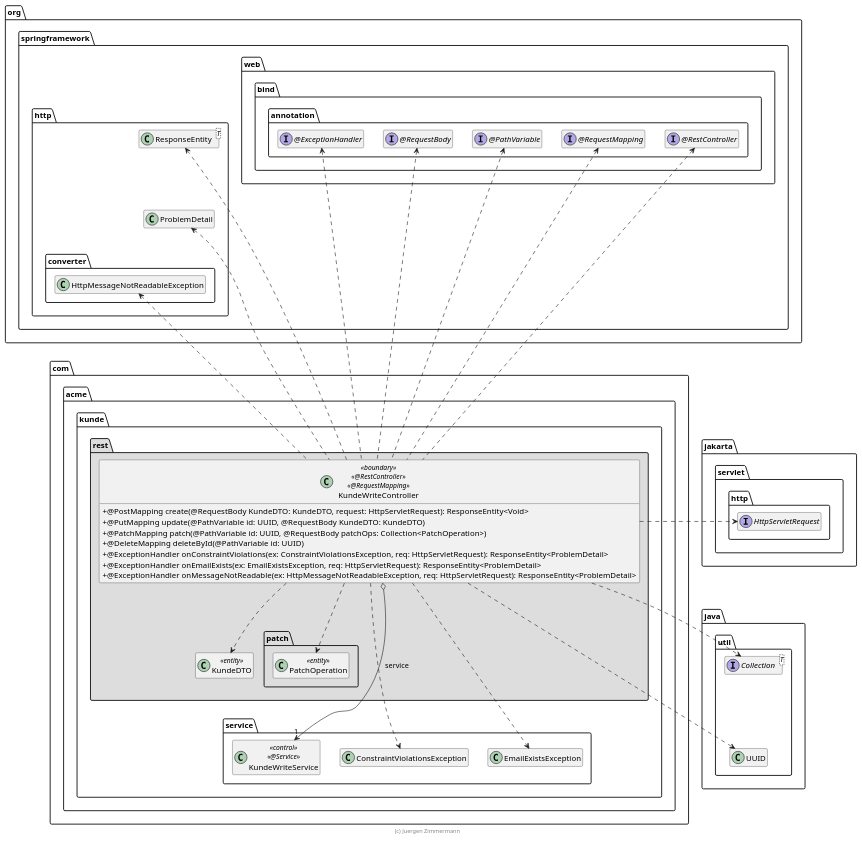
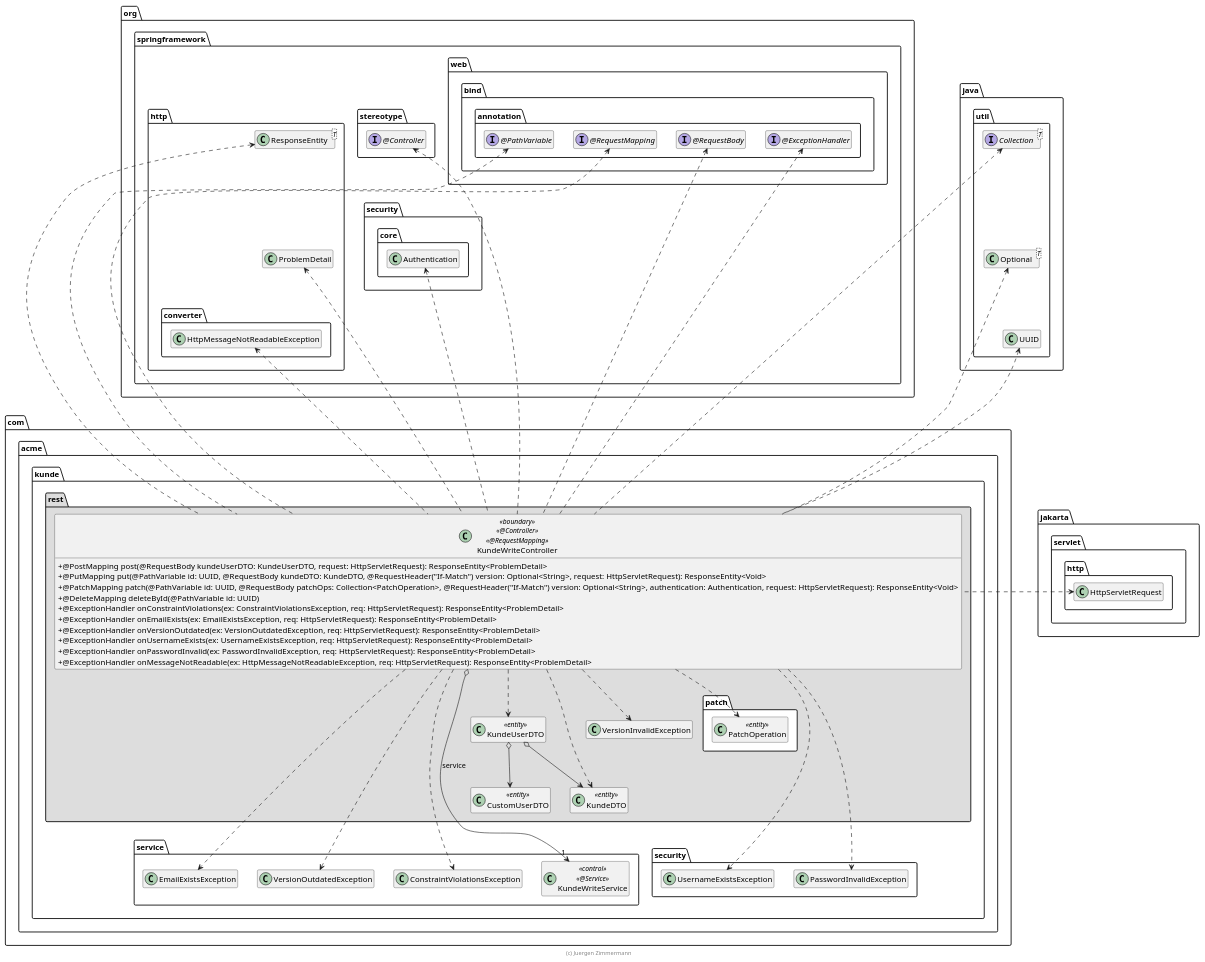
Before and after one commit to AntoninFa/Practise: the diagram in SWA/kunde-v1/kunde/extras/doc/KundeWriteController.plantuml, drawn with PlantUML. The commit also changed 83 other files, not shown here.

```diff
--- a/SWA/kunde-v1/kunde/extras/doc/KundeWriteController.plantuml
+++ b/SWA/kunde-v1/kunde/extras/doc/KundeWriteController.plantuml
@@ -15,92 +15,130 @@
-@startuml KundeWriteController
+@startuml KundeHandler
 
 skinparam classAttributeIconSize 0
 
+package jakarta.servlet.http {
+    class HttpServletRequest
+}
+
 package org.springframework {
+    package stereotype {
+        interface "@Controller" as Controller
+    }
+
     package web.bind.annotation {
-        interface "@RestController" as RestController
         interface "@RequestMapping" as RequestMapping
         interface "@PathVariable" as PathVariable
         interface "@RequestBody" as RequestBody
         interface "@ExceptionHandler" as ExceptionHandler
+
+        RequestBody .left[hidden].> Controller
+        ExceptionHandler .left[hidden].> Controller
     }
 
     package http {
         class ResponseEntity<T>
         class ProblemDetail
 
         package converter {
             class HttpMessageNotReadableException
         }
 
         ResponseEntity .[hidden].> ProblemDetail
+        ResponseEntity .left[hidden].> Controller
         ProblemDetail .[hidden].> HttpMessageNotReadableException
     }
-}
 
-package jakarta.servlet.http {
-    interface HttpServletRequest
+    package security.core {
+        class Authentication
+
+        ProblemDetail .right[hidden].> Authentication
+    }
 }
 
 package java.util {
     interface Collection<T>
     class UUID
+    class Optional<T>
 
-    UUID .up[hidden].> Collection
-    Collection .up[hidden].> HttpServletRequest
+    Collection .[hidden].> Optional
+    Optional .[hidden].> UUID
+    HttpServletRequest .up[hidden].> UUID
 }
 
 package com.acme.kunde {
     package service {
         class KundeWriteService << control >> << @Service >>
 
         class ConstraintViolationsException
         class EmailExistsException
+        class VersionOutdatedException
+    }
+
+    package security {
+        class UsernameExistsException
+        class PasswordInvalidException
     }
 
     package rest #DDDDDD {
-        package patch {
+        package patch #FFFFFF {
             class PatchOperation <<entity>>
         }
 
         class KundeDTO <<entity>>
+        class CustomUserDTO <<entity>>
+        class KundeUserDTO <<entity>>
+        KundeUserDTO o--> KundeDTO
+        KundeUserDTO o--> CustomUserDTO
+        KundeDTO .[hidden].> UUID
+        KundeDTO .[hidden].> KundeWriteService
 
-        class KundeWriteController << boundary >> << @RestController >> << @RequestMapping >> {
-            + @PostMapping create(@RequestBody KundeDTO: KundeDTO, request: HttpServletRequest): ResponseEntity<Void>
-            + @PutMapping update(@PathVariable id: UUID, @RequestBody KundeDTO: KundeDTO)
-            + @PatchMapping patch(@PathVariable id: UUID, @RequestBody patchOps: Collection<PatchOperation>)
+        class VersionInvalidException
+
+        class KundeWriteController << boundary >> << @Controller >> << @RequestMapping >> {
+            + @PostMapping post(@RequestBody kundeUserDTO: KundeUserDTO, request: HttpServletRequest): ResponseEntity<ProblemDetail>
+            + @PutMapping put(@PathVariable id: UUID, @RequestBody kundeDTO: KundeDTO, @RequestHeader("If-Match") version: Optional<String>, request: HttpServletRequest): ResponseEntity<Void>
+            + @PatchMapping patch(@PathVariable id: UUID, @RequestBody patchOps: Collection<PatchOperation>, @RequestHeader("If-Match") version: Optional<String>, authentication: Authentication, request: HttpServletRequest): ResponseEntity<Void>
             + @DeleteMapping deleteById(@PathVariable id: UUID)
             + @ExceptionHandler onConstraintViolations(ex: ConstraintViolationsException, req: HttpServletRequest): ResponseEntity<ProblemDetail>
             + @ExceptionHandler onEmailExists(ex: EmailExistsException, req: HttpServletRequest): ResponseEntity<ProblemDetail>
+            + @ExceptionHandler onVersionOutdated(ex: VersionOutdatedException, req: HttpServletRequest): ResponseEntity<ProblemDetail>
+            + @ExceptionHandler onUsernameExists(ex: UsernameExistsException, req: HttpServletRequest): ResponseEntity<ProblemDetail>
+            + @ExceptionHandler onPasswordInvalid(ex: PasswordInvalidException, req: HttpServletRequest): ResponseEntity<ProblemDetail>
             + @ExceptionHandler onMessageNotReadable(ex: HttpMessageNotReadableException, req: HttpServletRequest): ResponseEntity<ProblemDetail>
         }
 
-        KundeWriteController o-down-> "1" KundeWriteService : service
+        KundeWriteController o-right-> "1" KundeWriteService : service
+        KundeWriteController ..> KundeUserDTO
         KundeWriteController ..> KundeDTO
+        KundeWriteController .up.> UUID
+        KundeWriteController .up.> Optional
+        KundeWriteController .up.> Collection
         KundeWriteController ..> ConstraintViolationsException
         KundeWriteController ..> EmailExistsException
+        KundeWriteController ..> VersionOutdatedException
+        KundeWriteController ..> UsernameExistsException
+        KundeWriteController ..> PasswordInvalidException
+        KundeWriteController .up.> HttpMessageNotReadableException
+        KundeWriteController ..> VersionInvalidException
         KundeWriteController ..> PatchOperation
 
+        KundeWriteController .up.> HttpServletRequest
         KundeWriteController .up.> ResponseEntity
+        KundeWriteController .up.> Authentication
         KundeWriteController .up.> ProblemDetail
-        KundeWriteController .up.> HttpMessageNotReadableException
-        KundeWriteController .right.> HttpServletRequest
 
-        KundeWriteController .up.> RestController
+        KundeWriteController .up.> Controller
         KundeWriteController .up.> RequestMapping
         KundeWriteController .up.> PathVariable
         KundeWriteController .up.> RequestBody
         KundeWriteController .up.> ExceptionHandler
 
-        KundeWriteController .right.> UUID
-        KundeWriteController .right.> Collection
-
-        PatchOperation .[hidden].> KundeWriteService
+        KundeDTO .[hidden].> UsernameExistsException
     }
 }
 
 hide empty members
 
 footer (c) Juergen Zimmermann
 
 @enduml
```
